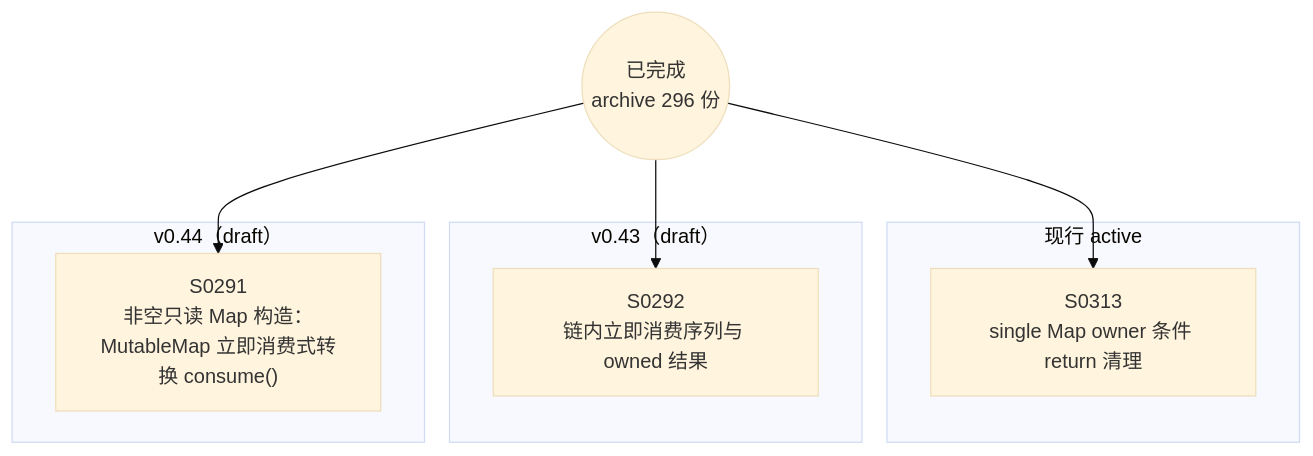
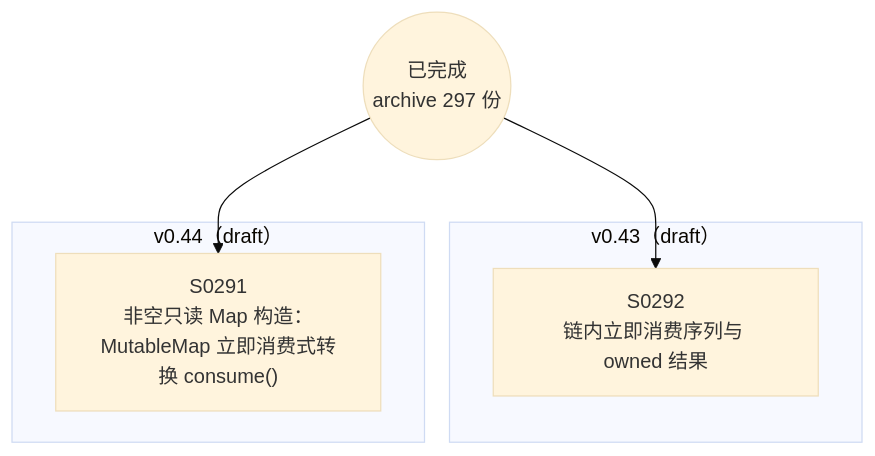
One commit to Halckon/Koven changed the diagram in docs/specs/dependency-graph.md. Above: the diagram before and after it, drawn with Mermaid (base theme). The commit also changed other lines of this file and 9 other files, not shown here.

````diff
--- a/docs/specs/dependency-graph.md
+++ b/docs/specs/dependency-graph.md
@@ -9,16 +9,12 @@
 ```mermaid
 flowchart TD
-ARCH(("已完成<br/>archive 296 份"))
-subgraph Gactive["现行 active"]
-  S0313["S0313<br/>single Map owner 条件 return 清理"]
-end
+ARCH(("已完成<br/>archive 297 份"))
 subgraph Gdrafts_v043["v0.43（draft）"]
   S0292["S0292<br/>链内立即消费序列与 owned 结果"]
 end
 subgraph Gdrafts_v044["v0.44（draft）"]
   S0291["S0291<br/>非空只读 Map 构造：MutableMap 立即消费式转换 consume()"]
 end
 ARCH --> S0291
 ARCH --> S0292
-ARCH --> S0313
 ```
````
